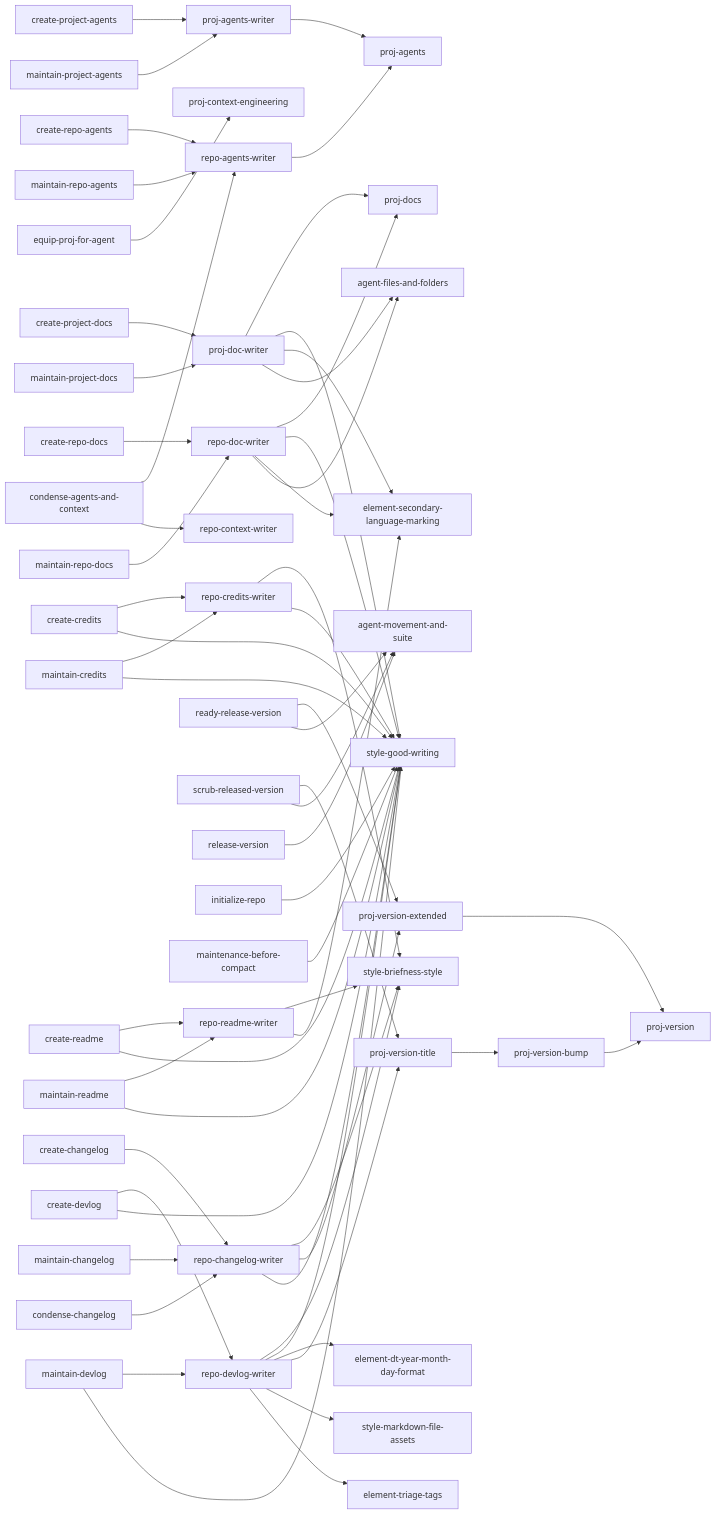
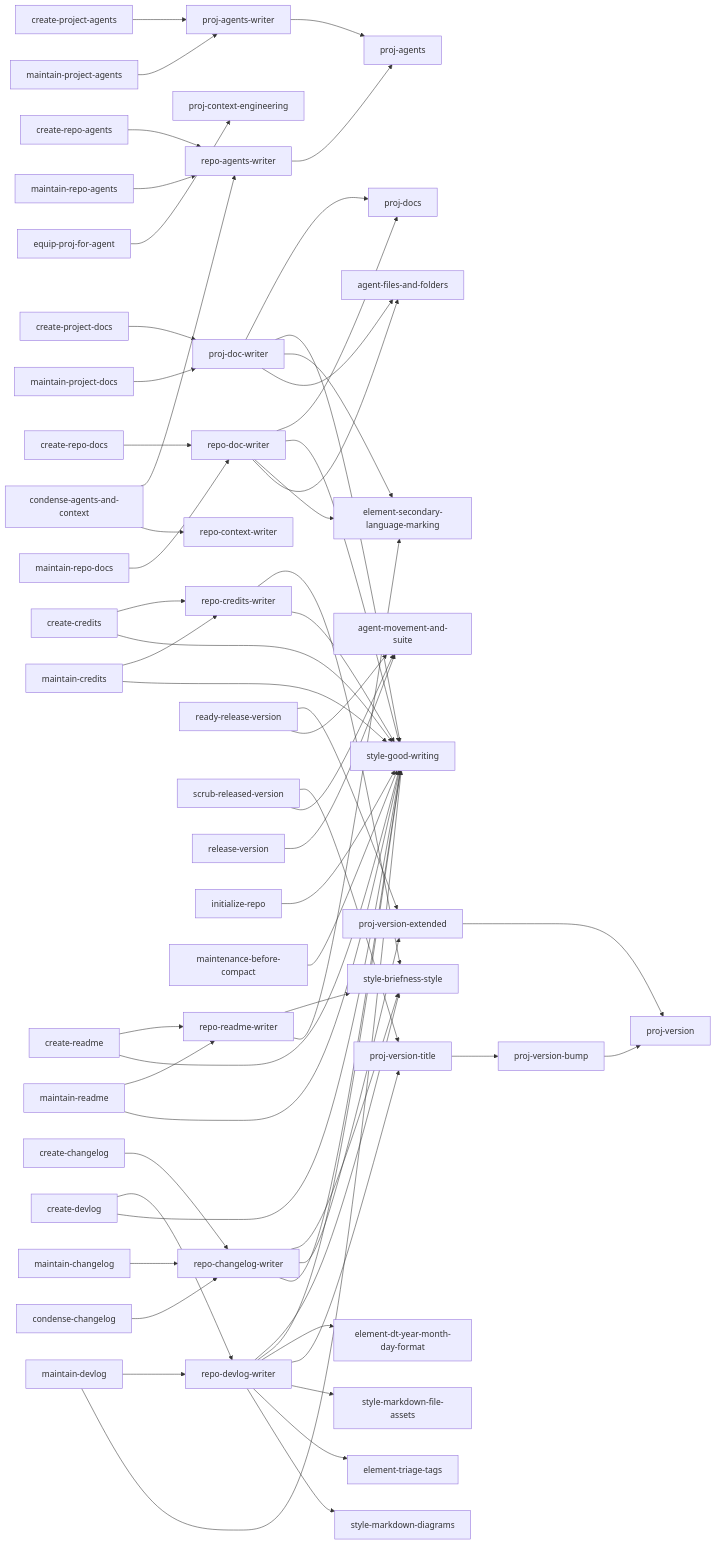
Before and after one commit to kami-lel/kaye-library: the second of 10 diagrams in docs/blueprint-doc.md, drawn with Mermaid. The commit also changed 7 other files, not shown here.

First line of the commit message:
chart devlog period data in Mermaid where it fits

````diff
--- a/docs/blueprint-doc.md
+++ b/docs/blueprint-doc.md
@@ -41,62 +41,63 @@
 ```mermaid
 flowchart LR
     proj_agents_writer["proj-agents-writer"] --> proj_agents["proj-agents"]
     repo_agents_writer["repo-agents-writer"] --> proj_agents
     proj_doc_writer["proj-doc-writer"] --> proj_docs["proj-docs"]
     repo_doc_writer["repo-doc-writer"] --> proj_docs
     proj_doc_writer --> style_good_writing["style-good-writing"]
     repo_doc_writer --> style_good_writing
     proj_doc_writer --> element_secondary_language_marking["element-secondary-language-marking"]
     repo_doc_writer --> element_secondary_language_marking
     proj_doc_writer --> agent_files_and_folders["agent-files-and-folders"]
     repo_doc_writer --> agent_files_and_folders
     equip_proj_for_agent["equip-proj-for-agent"] --> proj_context_engineering["proj-context-engineering"]
     repo_readme_writer["repo-readme-writer"] --> style_briefness_style["style-briefness-style"]
     repo_readme_writer --> element_secondary_language_marking
     repo_changelog_writer["repo-changelog-writer"] --> style_briefness_style
     repo_changelog_writer --> proj_version_extended["proj-version-extended"]
     repo_changelog_writer --> style_good_writing
     repo_credits_writer["repo-credits-writer"] --> style_briefness_style
     repo_credits_writer --> style_good_writing
     repo_devlog_writer["repo-devlog-writer"] --> style_briefness_style
     repo_devlog_writer --> style_good_writing
     repo_devlog_writer --> element_dt_year_month_day_format["element-dt-year-month-day-format"]
     repo_devlog_writer --> proj_version_title
     repo_devlog_writer --> style_markdown_file_assets["style-markdown-file-assets"]
     repo_devlog_writer --> element_triage_tags["element-triage-tags"]
+    repo_devlog_writer --> style_markdown_diagrams["style-markdown-diagrams"]
     ready_release_version["ready-release-version"] --> proj_version_extended
     scrub_released_version["scrub-released-version"] --> proj_version_title["proj-version-title"]
     ready_release_version --> agent_movement_and_suite["agent-movement-and-suite"]
     scrub_released_version --> agent_movement_and_suite
     release_version["release-version"] --> agent_movement_and_suite
     proj_version_title["proj-version-title"] --> proj_version_bump["proj-version-bump"]
     proj_version_bump --> proj_version["proj-version"]
     proj_version_extended --> proj_version
     initialize_repo["initialize-repo"] --> style_good_writing
     maintenance_before_compact["maintenance-before-compact"] --> style_good_writing
     condense_agents_and_context["condense-agents-and-context"] --> repo_agents_writer
     condense_agents_and_context --> repo_context_writer["repo-context-writer"]
     create_project_agents["create-project-agents"] --> proj_agents_writer
     maintain_project_agents["maintain-project-agents"] --> proj_agents_writer
     create_project_docs["create-project-docs"] --> proj_doc_writer
     maintain_project_docs["maintain-project-docs"] --> proj_doc_writer
     create_readme["create-readme"] --> repo_readme_writer
     maintain_readme["maintain-readme"] --> repo_readme_writer
     create_readme --> style_good_writing
     maintain_readme --> style_good_writing
     create_changelog["create-changelog"] --> repo_changelog_writer
     maintain_changelog["maintain-changelog"] --> repo_changelog_writer
     condense_changelog["condense-changelog"] --> repo_changelog_writer
     create_credits["create-credits"] --> repo_credits_writer
     maintain_credits["maintain-credits"] --> repo_credits_writer
     create_devlog["create-devlog"] --> repo_devlog_writer
     maintain_devlog["maintain-devlog"] --> repo_devlog_writer
     create_credits --> style_good_writing
     maintain_credits --> style_good_writing
     create_devlog --> style_good_writing
     maintain_devlog --> style_good_writing
     create_repo_agents["create-repo-agents"] --> repo_agents_writer
     maintain_repo_agents["maintain-repo-agents"] --> repo_agents_writer
     create_repo_docs["create-repo-docs"] --> repo_doc_writer
     maintain_repo_docs["maintain-repo-docs"] --> repo_doc_writer
 ```
````
